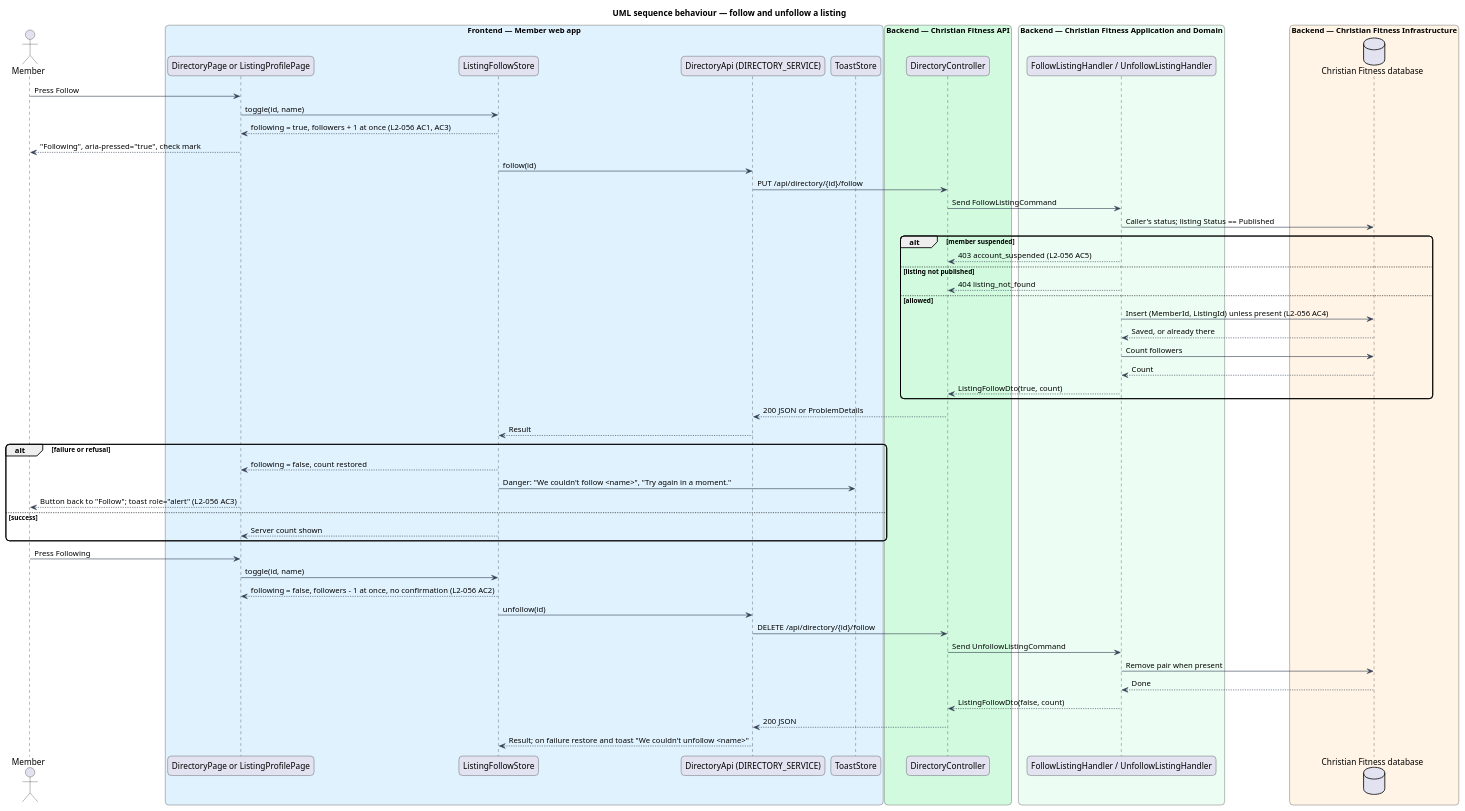
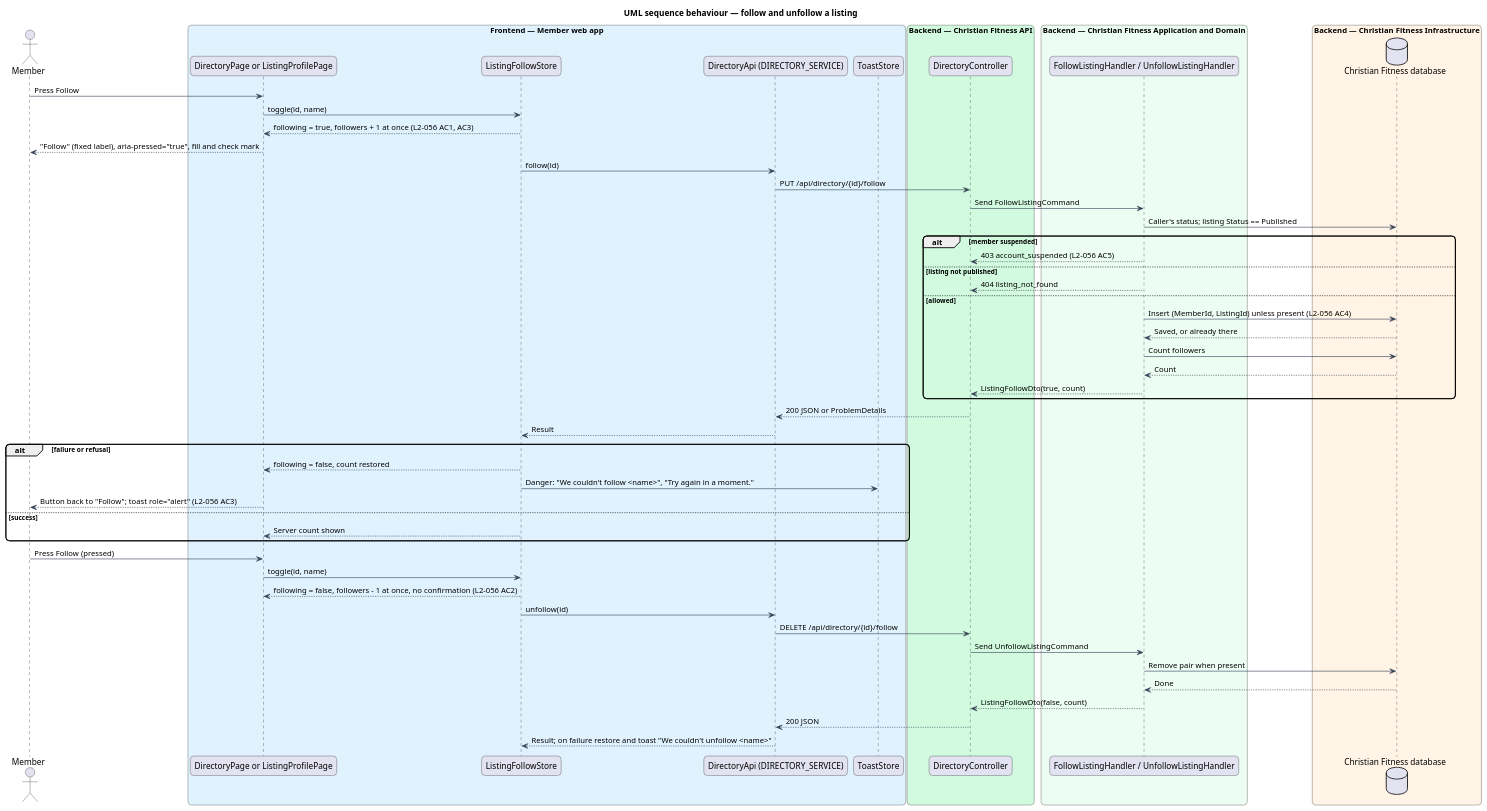
One commit to QuinntyneBrown/christian-fitness changed the diagram in docs/detailed-designs/directory/follow-listing/diagrams/sequence-follow.puml. Above: the diagram before and after it, drawn with PlantUML. The commit also changed 218 other files, not shown here.

```diff
--- a/docs/detailed-designs/directory/follow-listing/diagrams/sequence-follow.puml
+++ b/docs/detailed-designs/directory/follow-listing/diagrams/sequence-follow.puml
@@ -1,63 +1,63 @@
 @startuml
 title UML sequence behaviour — follow and unfollow a listing
 skinparam backgroundColor #FFFFFF
 skinparam shadowing false
 skinparam roundcorner 12
 skinparam defaultFontName Arial
 skinparam ArrowColor #344054
 actor "Member" as actor
 box "Frontend — Member web app" #E0F2FE
   participant "DirectoryPage or ListingProfilePage" as page
   participant "ListingFollowStore" as store
   participant "DirectoryApi (DIRECTORY_SERVICE)" as client
   participant "ToastStore" as toast
 end box
 box "Backend — Christian Fitness API" #D1FADF
   participant "DirectoryController" as ctrl
 end box
 box "Backend — Christian Fitness Application and Domain" #ECFDF3
   participant "FollowListingHandler / UnfollowListingHandler" as h
 end box
 box "Backend — Christian Fitness Infrastructure" #FFF4E5
   database "Christian Fitness database" as db
 end box
 actor -> page : Press Follow
 page -> store : toggle(id, name)
 store --> page : following = true, followers + 1 at once (L2-056 AC1, AC3)
-page --> actor : "Following", aria-pressed="true", check mark
+page --> actor : "Follow" (fixed label), aria-pressed="true", fill and check mark
 store -> client : follow(id)
 client -> ctrl : PUT /api/directory/{id}/follow
 ctrl -> h : Send FollowListingCommand
 h -> db : Caller's status; listing Status == Published
 alt member suspended
   h --> ctrl : 403 account_suspended (L2-056 AC5)
 else listing not published
   h --> ctrl : 404 listing_not_found
 else allowed
   h -> db : Insert (MemberId, ListingId) unless present (L2-056 AC4)
   db --> h : Saved, or already there
   h -> db : Count followers
   db --> h : Count
   h --> ctrl : ListingFollowDto(true, count)
 end
 ctrl --> client : 200 JSON or ProblemDetails
 client --> store : Result
 alt failure or refusal
   store --> page : following = false, count restored
   store -> toast : Danger: "We couldn't follow <name>", "Try again in a moment."
   page --> actor : Button back to "Follow"; toast role="alert" (L2-056 AC3)
 else success
   store --> page : Server count shown
 end
-actor -> page : Press Following
+actor -> page : Press Follow (pressed)
 page -> store : toggle(id, name)
 store --> page : following = false, followers - 1 at once, no confirmation (L2-056 AC2)
 store -> client : unfollow(id)
 client -> ctrl : DELETE /api/directory/{id}/follow
 ctrl -> h : Send UnfollowListingCommand
 h -> db : Remove pair when present
 db --> h : Done
 h --> ctrl : ListingFollowDto(false, count)
 ctrl --> client : 200 JSON
 client --> store : Result; on failure restore and toast "We couldn't unfollow <name>"
 @enduml
```
